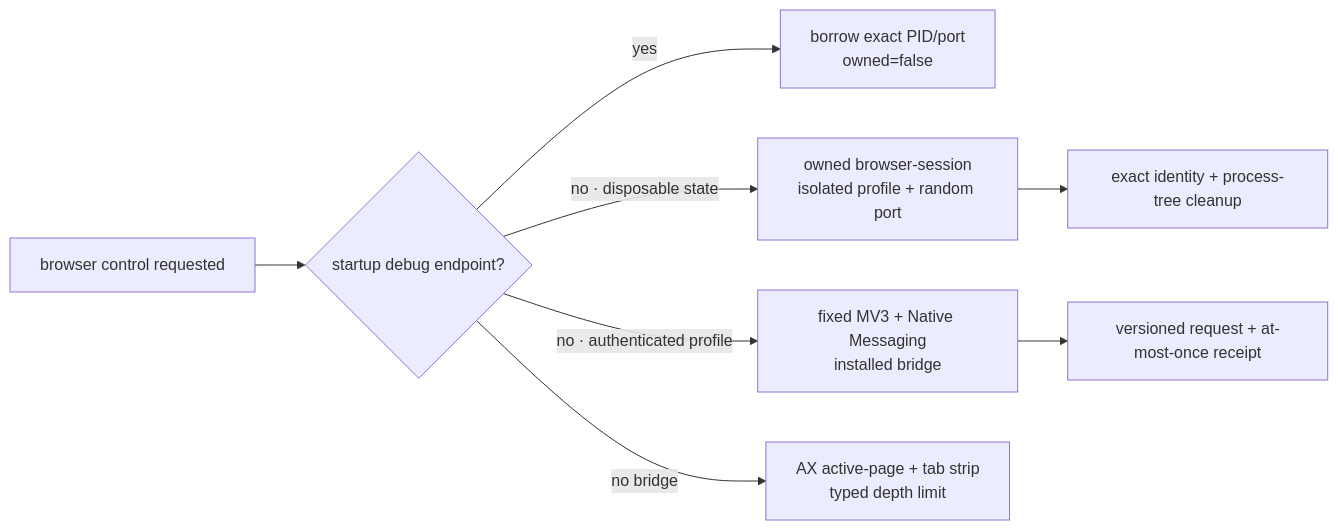
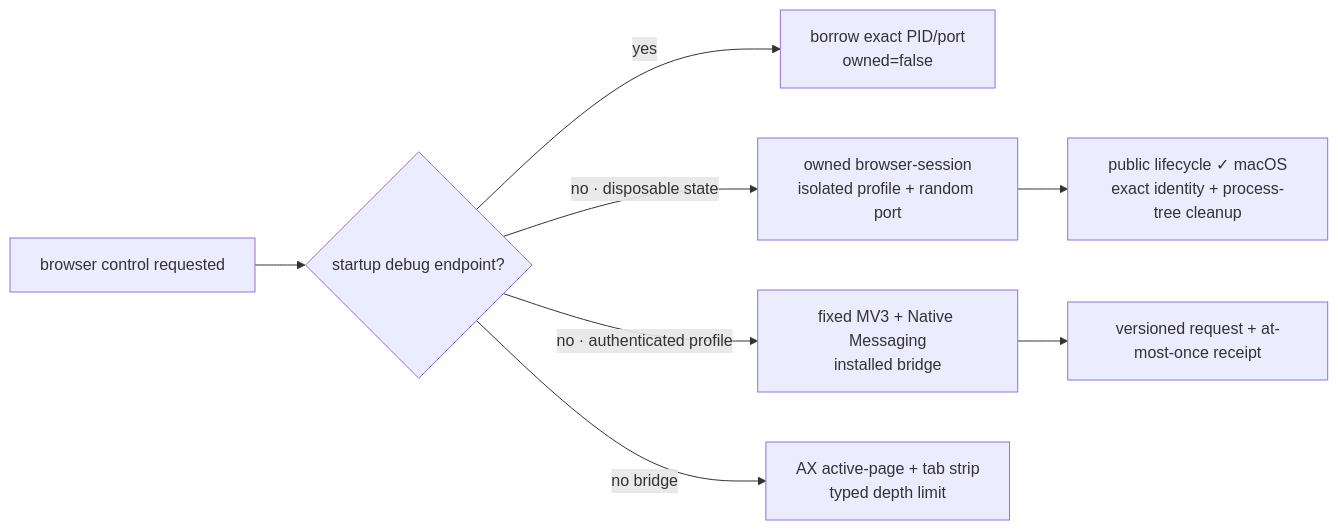
Before and after one commit to partnernetsoftware/agenterm: the first of 4 diagrams in prd/PRD_02_28_agenterm_cu.md, drawn with Mermaid. The commit also changed other lines of this file and 12 other files, not shown here.

````diff
--- a/prd/PRD_02_28_agenterm_cu.md
+++ b/prd/PRD_02_28_agenterm_cu.md
@@ -273,10 +280,10 @@
 ```mermaid
 flowchart LR
   B["browser control requested"] --> D{"startup debug endpoint?"}
   D -->|yes| P["borrow exact PID/port<br/>owned=false"]
   D -->|no · disposable state| S["owned browser-session<br/>isolated profile + random port"]
   D -->|no · authenticated profile| X["fixed MV3 + Native Messaging<br/>installed bridge"]
   D -->|no bridge| A["AX active-page + tab strip<br/>typed depth limit"]
-  S --> C["exact identity + process-tree cleanup"]
+  S --> C["public lifecycle ✓ macOS<br/>exact identity + process-tree cleanup"]
   X --> R["versioned request + at-most-once receipt"]
 ```
````
